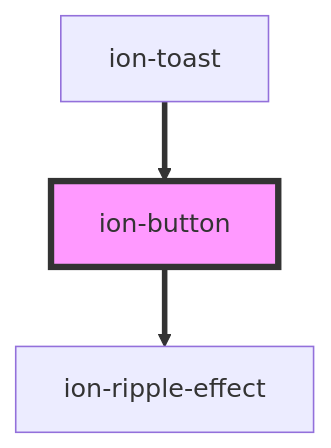
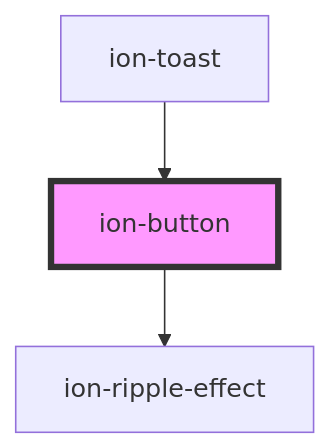
Before and after one commit to ionic-team/ionic-framework: the diagram in core/src/components/button/readme.md, drawn with Mermaid. The commit also changed other lines of this file and 39 other files, not shown here.

````diff
--- a/core/src/components/button/readme.md
+++ b/core/src/components/button/readme.md
@@ -279,6 +279,6 @@
 ```mermaid
 graph TD;
-  ion-button ==> ion-ripple-effect
-  ion-toast ==> ion-button
+  ion-button --> ion-ripple-effect
+  ion-toast --> ion-button
   style ion-button fill:#f9f,stroke:#333,stroke-width:4px
 ```
````
